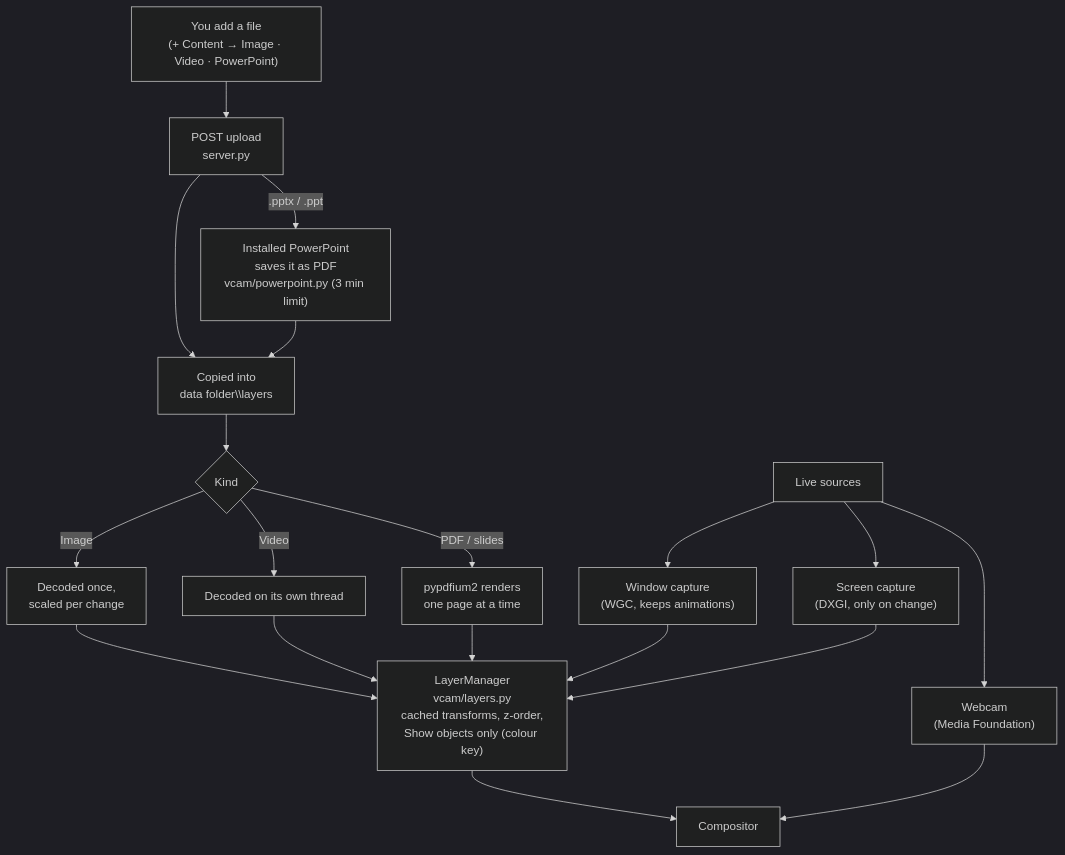
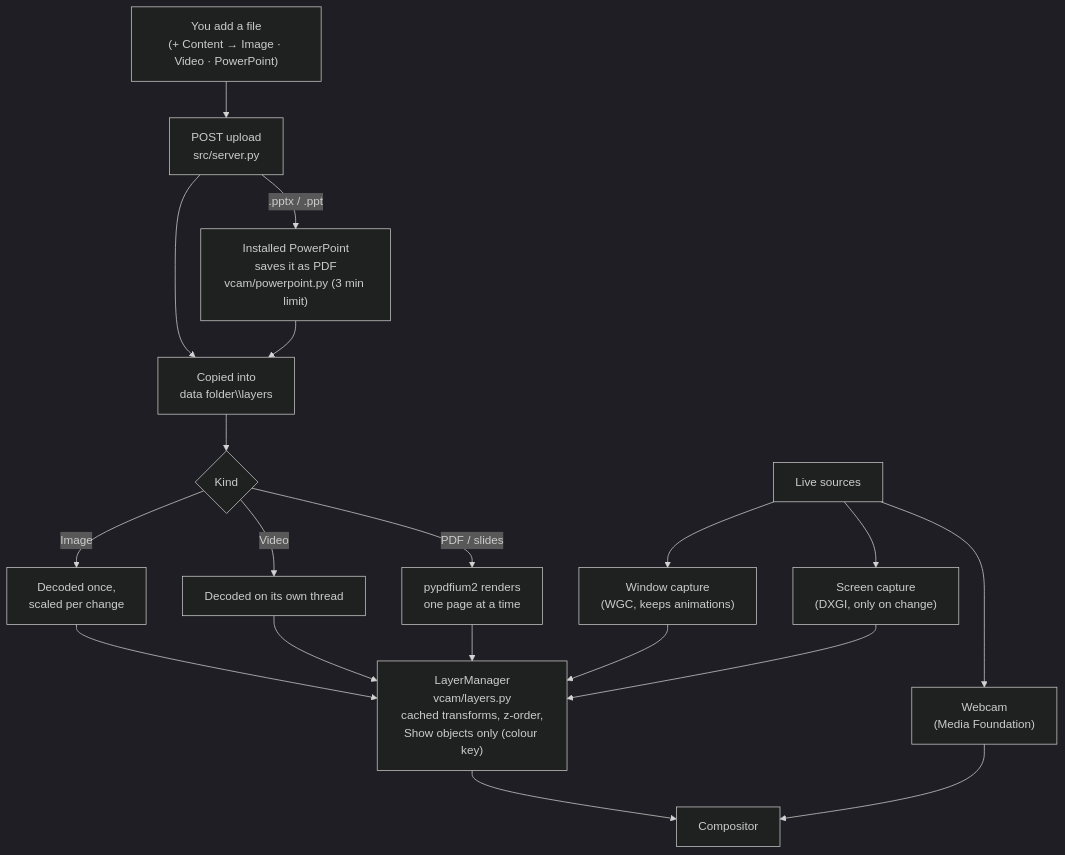
One commit to mshobin/FrameDecks changed the fifth of 8 diagrams in docs/ARCHITECTURE.md. Above: the diagram before and after it, drawn with Mermaid (dark theme). The commit also changed other lines of this file and 109 other files, not shown here.

First line of the commit message:
Reorganize root: Python modules to src/, community docs to .github/, licences to legal/, changelog and roadmap to docs/, ruff config to config/

````diff
--- a/docs/ARCHITECTURE.md
+++ b/docs/ARCHITECTURE.md
@@ -164,21 +164,21 @@
 ```mermaid
 flowchart TD
-  U["You add a file<br/>(+ Content → Image · Video · PowerPoint)"] --> UP["POST upload<br/>server.py"]
+  U["You add a file<br/>(+ Content → Image · Video · PowerPoint)"] --> UP["POST upload<br/>src/server.py"]
   UP --> CP["Copied into<br/>data folder\\layers"]
   UP -- ".pptx / .ppt" --> PPT["Installed PowerPoint<br/>saves it as PDF<br/>vcam/powerpoint.py (3 min limit)"]
   PPT --> CP
   CP --> KIND{"Kind"}
   KIND -- "Image" --> IMG["Decoded once,<br/>scaled per change"]
   KIND -- "Video" --> VID["Decoded on its own thread"]
   KIND -- "PDF / slides" --> PDF["pypdfium2 renders<br/>one page at a time"]
   LIVE["Live sources"] --> WIN["Window capture<br/>(WGC, keeps animations)"]
   LIVE --> SCR["Screen capture<br/>(DXGI, only on change)"]
   LIVE --> WEB["Webcam<br/>(Media Foundation)"]
   IMG --> LM["LayerManager<br/>vcam/layers.py<br/>cached transforms, z-order,<br/>Show objects only (colour key)"]
   VID --> LM
   PDF --> LM
   WIN --> LM
   SCR --> LM
   WEB --> CMPX["Compositor"]
   LM --> CMPX
 ```
````
